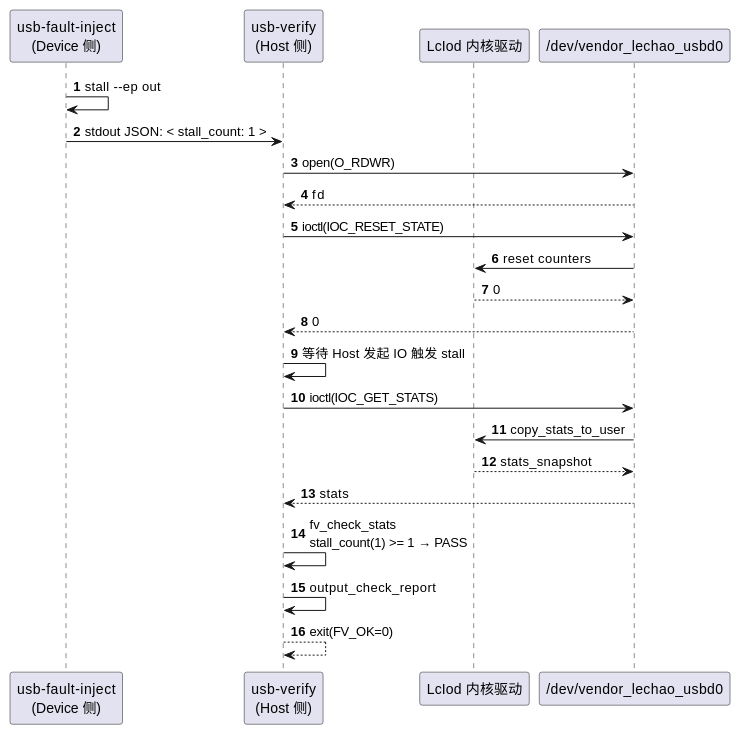
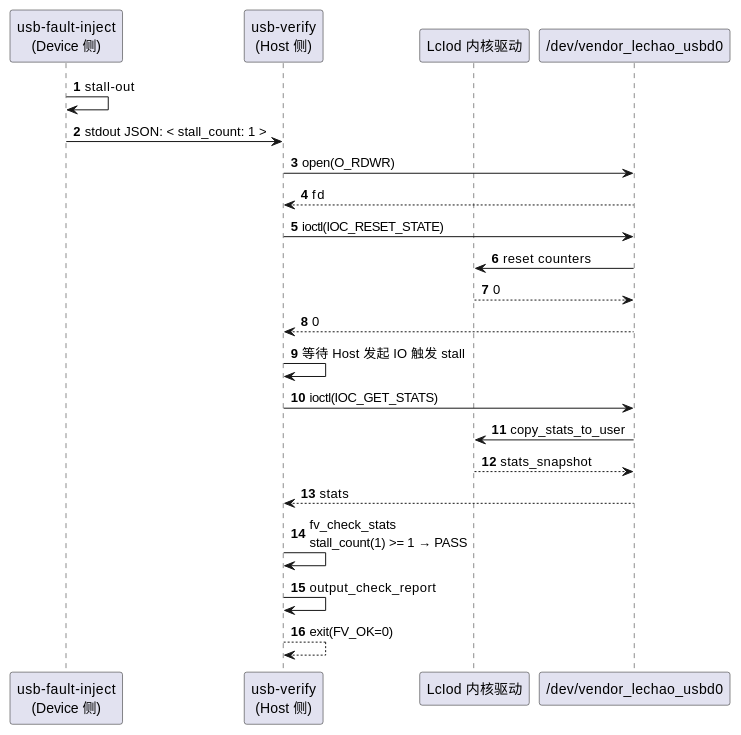
One commit to lechao365/AndroidSystemEnhance changed the first of 16 diagrams in 02-IO增强/02.05-故障注入验证-usb-verify.md. Above: the diagram before and after it, drawn with PlantUML. The commit also changed other lines of this file and 28 other files, not shown here.

````diff
--- a/02-IO增强/02.05-故障注入验证-usb-verify.md
+++ b/02-IO增强/02.05-故障注入验证-usb-verify.md
@@ -35,31 +35,31 @@
 ```plantuml
 @startuml
 autonumber
 participant "usb-fault-inject\n(Device 侧)" as Inject
 participant "usb-verify\n(Host 侧)" as Verify
 participant "LcIod 内核驱动" as Driver
 participant "/dev/vendor_lechao_usbd0" as Dev
 
-Inject -> Inject : stall --ep out
+Inject -> Inject : stall-out
 Inject -> Verify : stdout JSON: < stall_count: 1 >
 
 Verify -> Dev : open(O_RDWR)
 Dev --> Verify : fd
 
 Verify -> Dev : ioctl(IOC_RESET_STATE)
 Dev -> Driver : reset counters
 Driver --> Dev : 0
 Dev --> Verify : 0
 
 Verify -> Verify : 等待 Host 发起 IO 触发 stall
 
 Verify -> Dev : ioctl(IOC_GET_STATS)
 Dev -> Driver : copy_stats_to_user
 Driver --> Dev : stats_snapshot
 Dev --> Verify : stats
 
 Verify -> Verify : fv_check_stats\nstall_count(1) >= 1 → PASS
 Verify -> Verify : output_check_report
 Verify --> Verify : exit(FV_OK=0)
 @enduml
 ```
````
